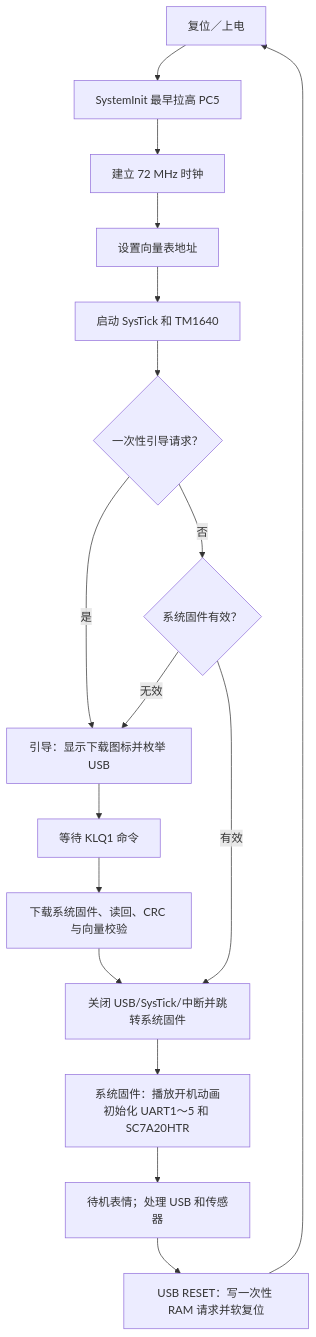
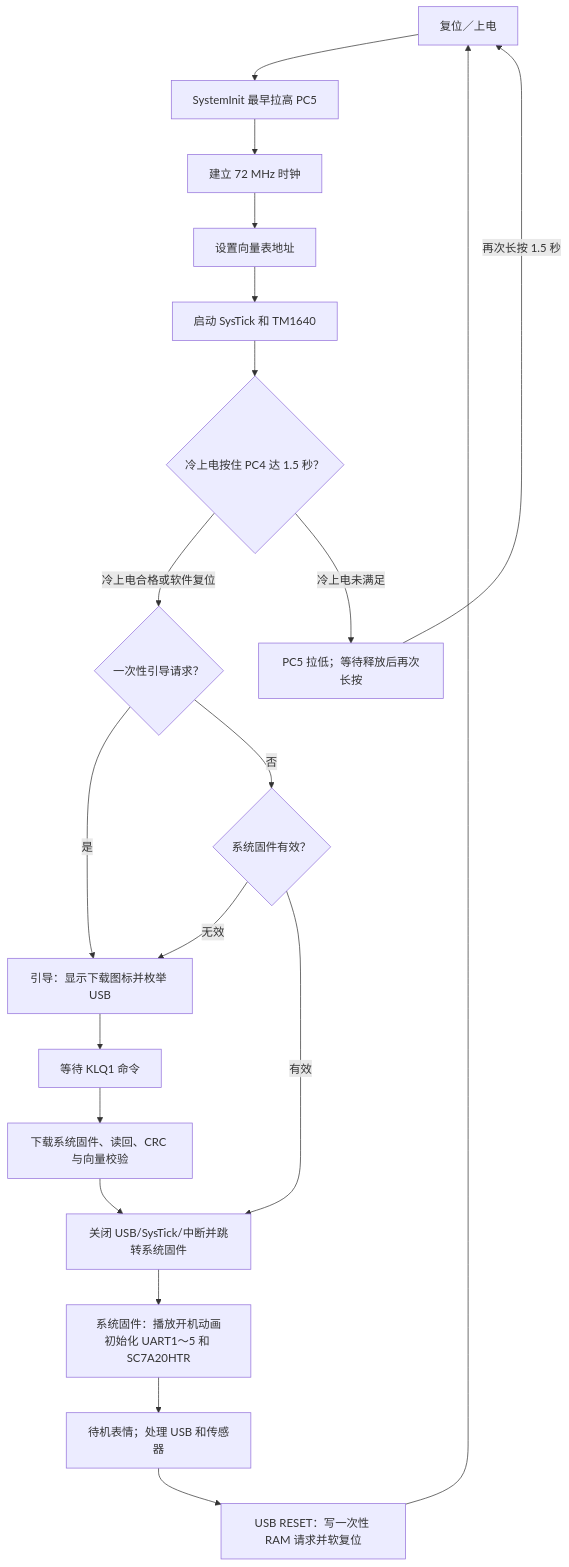
The third of 6 diagrams in docs/architecture_current.md (msl1831/KLQ_V2), drawn with Mermaid before and after one commit. The commit also changed other lines of this file and 12 other files, not shown here.

````diff
--- a/docs/architecture_current.md
+++ b/docs/architecture_current.md
@@ -107,27 +107,32 @@
 ```mermaid
 flowchart TD
     RESET[复位／上电]
     HOLD[SystemInit 最早拉高 PC5]
     CLOCK[建立 72 MHz 时钟]
     VECTOR[设置向量表地址]
     BOARD[启动 SysTick 和 TM1640]
+    GATE{冷上电按住 PC4 达 1.5 秒？}
+    OFF[PC5 拉低；等待释放后再次长按]
     REQUEST{一次性引导请求？}
     VALID{系统固件有效？}
     BOOT[引导：显示下载图标并枚举 USB]
     WAIT[等待 KLQ1 命令]
     VERIFY[下载系统固件、读回、CRC 与向量校验]
     JUMP[关闭 USB/SysTick/中断并跳转系统固件]
     INIT[系统固件：播放开机动画<br/>初始化 UART1～5 和 SC7A20HTR]
     STANDBY[待机表情；处理 USB 和传感器]
     BACK[USB RESET：写一次性 RAM 请求并软复位]
 
-    RESET --> HOLD --> CLOCK --> VECTOR --> BOARD --> REQUEST
+    RESET --> HOLD --> CLOCK --> VECTOR --> BOARD --> GATE
+    GATE -->|冷上电合格或软件复位| REQUEST
+    GATE -->|冷上电未满足| OFF
+    OFF -->|再次长按 1.5 秒| RESET
     REQUEST -->|是| BOOT
     REQUEST -->|否| VALID
     VALID -->|无效| BOOT
     VALID -->|有效| JUMP
     BOOT --> WAIT
     WAIT --> VERIFY --> JUMP --> INIT
     INIT --> STANDBY
     STANDBY --> BACK --> RESET
 ```
````
